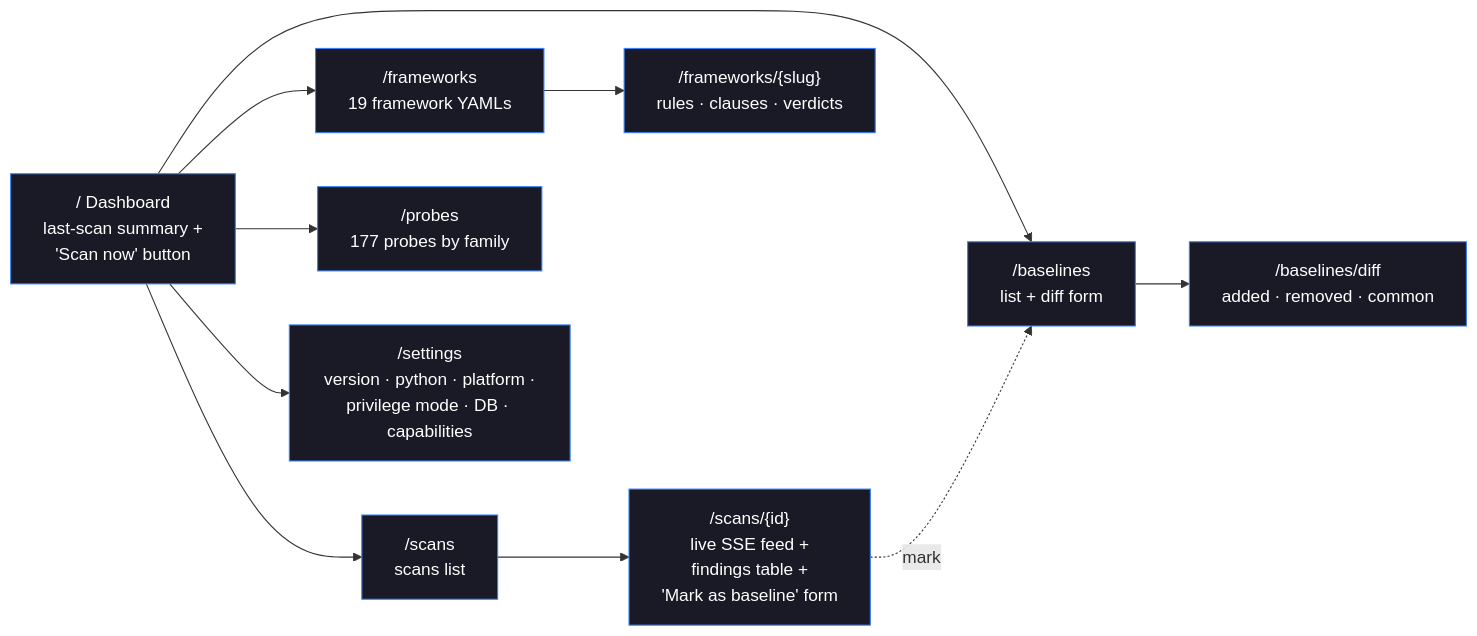
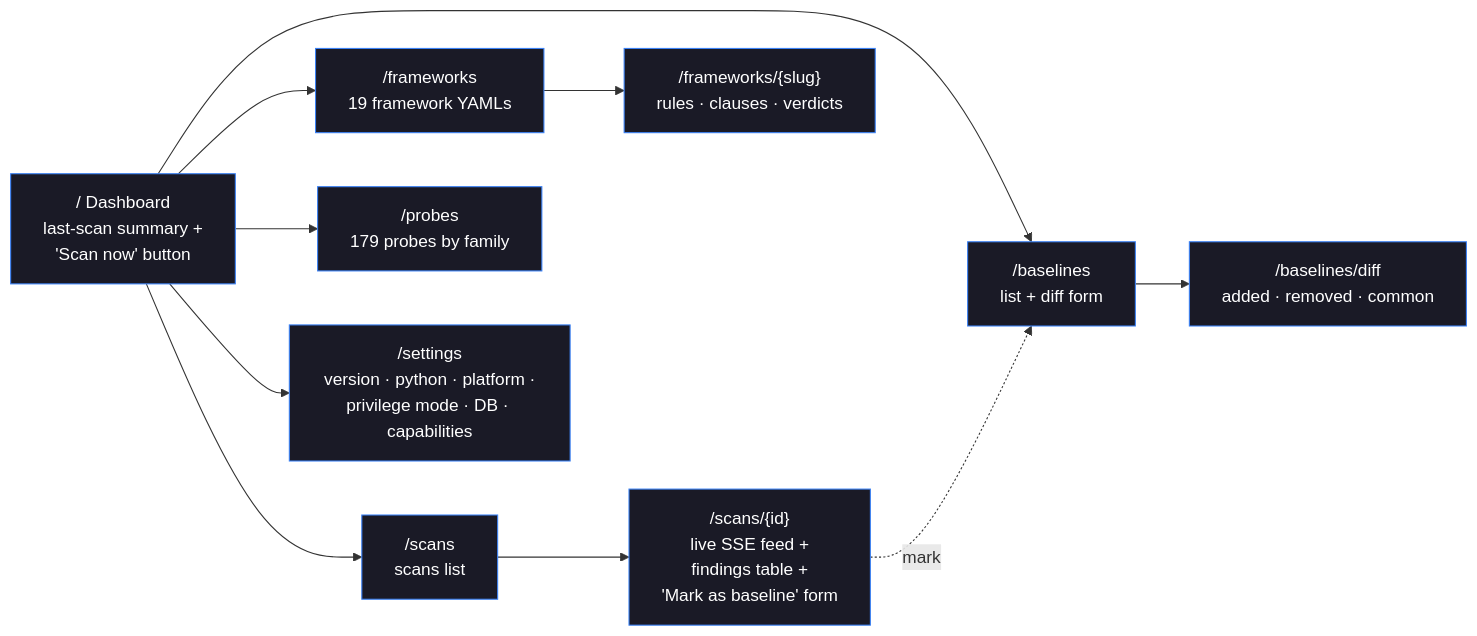
Before and after one commit to orengacademy/pqc-scanner2: the third of 7 diagrams in README.md, drawn with Mermaid. The commit also changed other lines of this file and 96 other files, not shown here.

````diff
--- a/README.md
+++ b/README.md
@@ -342,22 +342,22 @@
 ```mermaid
 flowchart LR
     HOME["/  Dashboard<br/>last-scan summary +<br/>'Scan now' button"]
     SCANS["/scans<br/>scans list"]
     DETAIL["/scans/{id}<br/>live SSE feed +<br/>findings table +<br/>'Mark as baseline' form"]
     FRAMEWORKS["/frameworks<br/>19 framework YAMLs"]
     FW_DET["/frameworks/{slug}<br/>rules · clauses · verdicts"]
-    PROBES["/probes<br/>177 probes by family"]
+    PROBES["/probes<br/>179 probes by family"]
     BASELINES["/baselines<br/>list + diff form"]
     DIFF["/baselines/diff<br/>added · removed · common"]
     SETTINGS["/settings<br/>version · python · platform ·<br/>privilege mode · DB · capabilities"]
 
     HOME --> SCANS --> DETAIL
     HOME --> FRAMEWORKS --> FW_DET
     HOME --> PROBES
     HOME --> BASELINES --> DIFF
     DETAIL -.mark.-> BASELINES
     HOME --> SETTINGS
 
     classDef page fill:#1a1a26,color:#fff,stroke:#3b82f6
     class HOME,SCANS,DETAIL,FRAMEWORKS,FW_DET,PROBES,BASELINES,DIFF,SETTINGS page
 ```
````
